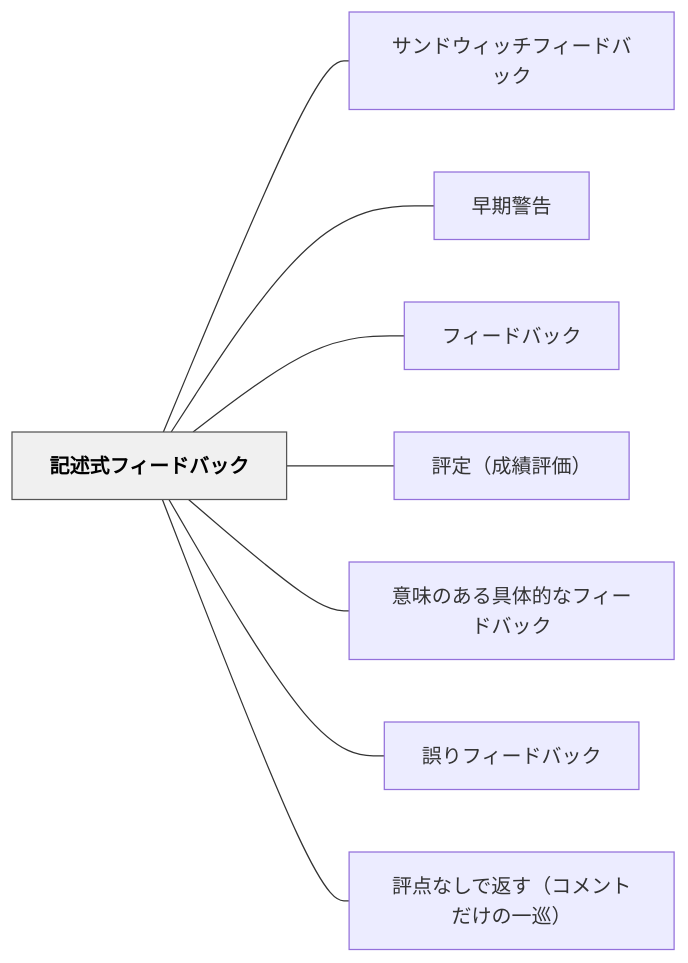
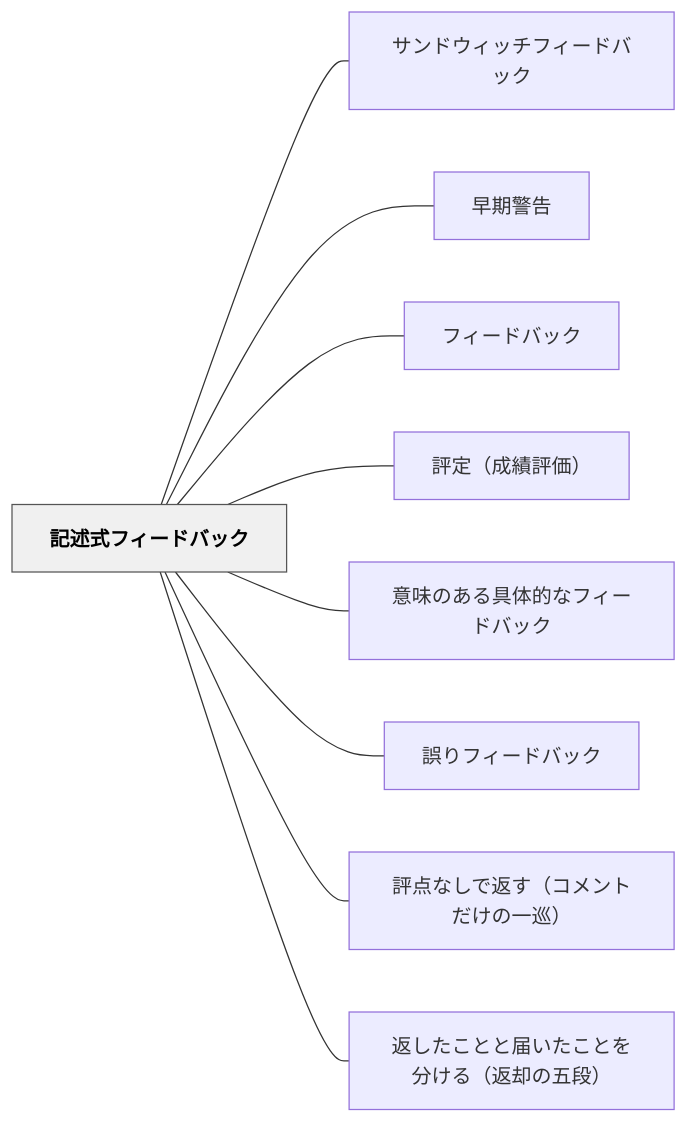
Before and after one commit to unknownthings-ed-patterns/unknownthings-ed-patterns: the diagram in content/パタン/記述式フィードバック.md, drawn with Mermaid. The commit also changed other lines of this file and 14 other files, not shown here.

````diff
--- a/content/パタン/記述式フィードバック.md
+++ b/content/パタン/記述式フィードバック.md
@@ -61,22 +62,24 @@
 ```mermaid
 flowchart LR
     ne8a898e8bfb0e5bc8fe38395e382a3e383bce38389e38390e38383e382af["記述式フィードバック"]
     ne382b5e383b3e38389e382a6e382a3e38383e38381e38395e382a3e383bce38389e38390e38383e382af["サンドウィッチフィードバック"]
     ne697a9e69c9fe8ada6e5918a["早期警告"]
     ne38395e382a3e383bce38389e38390e38383e382af["フィードバック"]
     ne8a995e5ae9aefbc88e68890e7b8bee8a995e4bea1efbc89["評定（成績評価）"]
     ne6848fe591b3e381aee38182e3828be585b7e4bd93e79a84e381aae38395e382a3e383bce38389e38390e38383e382af["意味のある具体的なフィードバック"]
     ne8aaa4e3828ae38395e382a3e383bce38389e38390e38383e382af["誤りフィードバック"]
     ne8a995e782b9e381aae38197e381a7e8bf94e38199efbc88e382b3e383a1e383b3e38388e381a0e38191e381aee4b880e5b7a1efbc89["評点なしで返す（コメントだけの一巡）"]
+    ne8bf94e38197e3819fe38193e381a8e381a8e5b18ae38184e3819fe38193e381a8e38292e58886e38191e3828befbc88e8bf94e58db4e381aee4ba94e6aeb5efbc89["返したことと届いたことを分ける（返却の五段）"]
 
     ne8a898e8bfb0e5bc8fe38395e382a3e383bce38389e38390e38383e382af --- ne382b5e383b3e38389e382a6e382a3e38383e38381e38395e382a3e383bce38389e38390e38383e382af
     ne8a898e8bfb0e5bc8fe38395e382a3e383bce38389e38390e38383e382af --- ne697a9e69c9fe8ada6e5918a
     ne8a898e8bfb0e5bc8fe38395e382a3e383bce38389e38390e38383e382af --- ne38395e382a3e383bce38389e38390e38383e382af
     ne8a898e8bfb0e5bc8fe38395e382a3e383bce38389e38390e38383e382af --- ne8a995e5ae9aefbc88e68890e7b8bee8a995e4bea1efbc89
     ne8a898e8bfb0e5bc8fe38395e382a3e383bce38389e38390e38383e382af --- ne6848fe591b3e381aee38182e3828be585b7e4bd93e79a84e381aae38395e382a3e383bce38389e38390e38383e382af
     ne8a898e8bfb0e5bc8fe38395e382a3e383bce38389e38390e38383e382af --- ne8aaa4e3828ae38395e382a3e383bce38389e38390e38383e382af
     ne8a898e8bfb0e5bc8fe38395e382a3e383bce38389e38390e38383e382af --- ne8a995e782b9e381aae38197e381a7e8bf94e38199efbc88e382b3e383a1e383b3e38388e381a0e38191e381aee4b880e5b7a1efbc89
+    ne8a898e8bfb0e5bc8fe38395e382a3e383bce38389e38390e38383e382af --- ne8bf94e38197e3819fe38193e381a8e381a8e5b18ae38184e3819fe38193e381a8e38292e58886e38191e3828befbc88e8bf94e58db4e381aee4ba94e6aeb5efbc89
 
     classDef hub fill:#f0f0f0,stroke:#555,color:#000,font-weight:bold
     class ne8a898e8bfb0e5bc8fe38395e382a3e383bce38389e38390e38383e382af hub
 ```
````
